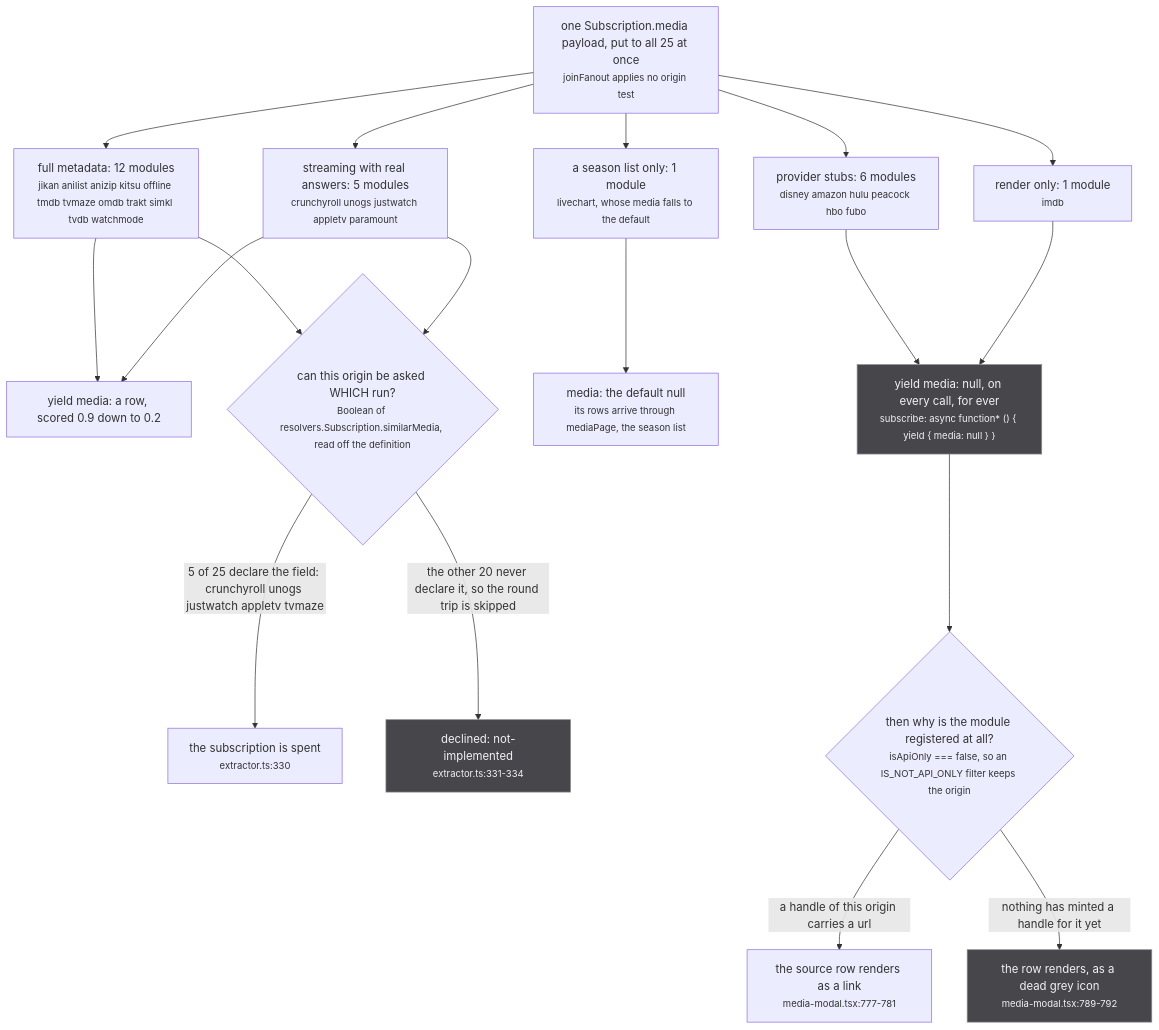
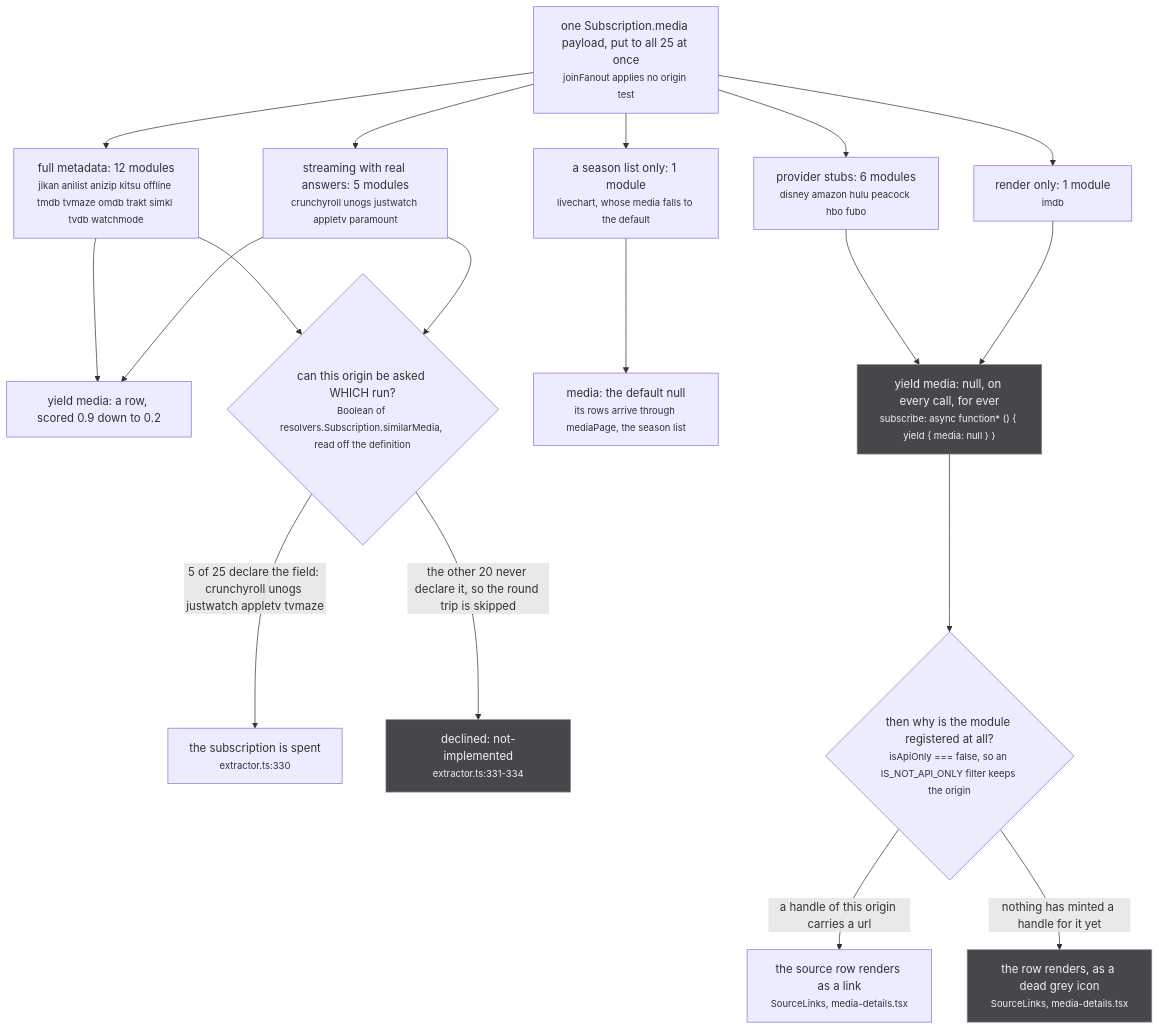
One commit to banou26/stub changed the second of 3 diagrams in docs/src/content/docs/sources/registry.md. Above: the diagram before and after it, drawn with Mermaid. The commit also changed other lines of this file and 67 other files, not shown here.

````diff
--- a/docs/src/content/docs/sources/registry.md
+++ b/docs/src/content/docs/sources/registry.md
@@ -116,26 +116,26 @@
 ```mermaid
 flowchart TD
   P["one Subscription.media payload, put to all 25 at once<br/><small>joinFanout applies no origin test</small>"]
   P --> BM["full metadata: 12 modules<br/><small>jikan anilist anizip kitsu offline tmdb tvmaze omdb trakt simkl tvdb watchmode</small>"]
   P --> BS["streaming with real answers: 5 modules<br/><small>crunchyroll unogs justwatch appletv paramount</small>"]
   P --> BT["provider stubs: 6 modules<br/><small>disney amazon hulu peacock hbo fubo</small>"]
   P --> BI["render only: 1 module<br/><small>imdb</small>"]
   P --> BL["a season list only: 1 module<br/><small>livechart, whose media falls to the default</small>"]
   BM --> ROW["yield media: a row, scored 0.9 down to 0.2"]
   BS --> ROW
   BT --> NUL["yield media: null, on every call, for ever<br/><small>subscribe: async function* () { yield { media: null } }</small>"]
   BI --> NUL
   BL --> LIST["media: the default null<br/><small>its rows arrive through mediaPage, the season list</small>"]
   BM --> DS{"can this origin be asked WHICH run?<br/><small>Boolean of resolvers.Subscription.similarMedia, read off the definition</small>"}
   BS --> DS
   DS -->|"5 of 25 declare the field: crunchyroll unogs justwatch appletv tvmaze"| SIM["the subscription is spent<br/><small>extractor.ts:330</small>"]
   DS -->|"the other 20 never declare it, so the round trip is skipped"| SKIP["declined: not-implemented<br/><small>extractor.ts:331-334</small>"]
   NUL --> DR{"then why is the module registered at all?<br/><small>isApiOnly === false, so an IS_NOT_API_ONLY filter keeps the origin</small>"}
-  DR -->|"a handle of this origin carries a url"| LINK["the source row renders as a link<br/><small>media-modal.tsx:777-781</small>"]
-  DR -->|"nothing has minted a handle for it yet"| GREY["the row renders, as a dead grey icon<br/><small>media-modal.tsx:789-792</small>"]
+  DR -->|"a handle of this origin carries a url"| LINK["the source row renders as a link<br/><small>SourceLinks, media-details.tsx</small>"]
+  DR -->|"nothing has minted a handle for it yet"| GREY["the row renders, as a dead grey icon<br/><small>SourceLinks, media-details.tsx</small>"]
   classDef irrev fill:#b03f33,stroke:#e0796f,color:#ffffff
   classDef ratchet fill:#8f5a0e,stroke:#f2b45c,color:#ffffff
   classDef view fill:#4572b5,stroke:#8db0de,color:#ffffff
   classDef refuse fill:#46464b,stroke:#8b8c93,color:#f2f2f4
   class NUL,SKIP,GREY refuse
 ```
````
